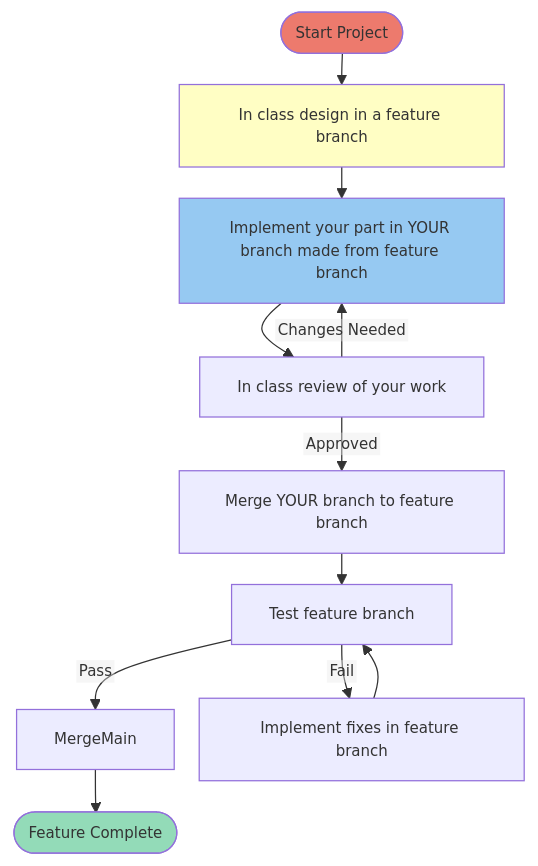
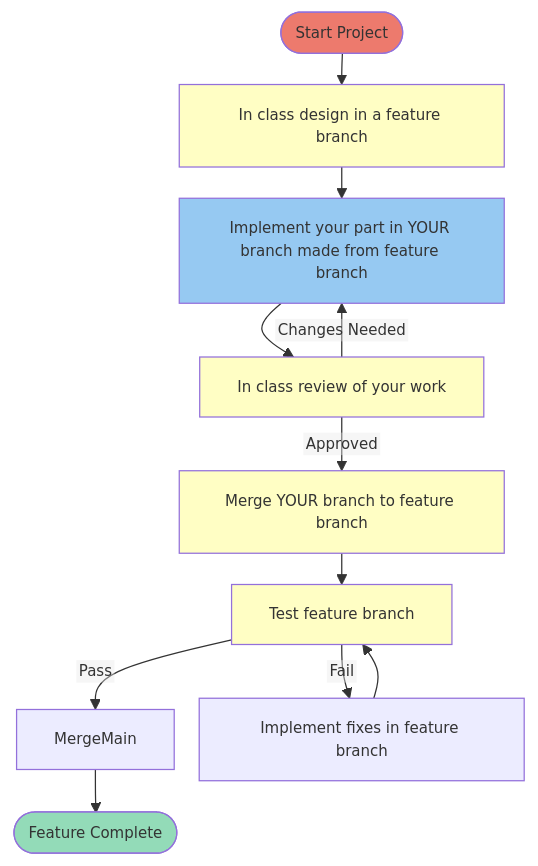
One commit to cse4504-wustl/workflow changed the first of 2 diagrams in README.md. Above: the diagram before and after it, drawn with Mermaid.

````diff
--- a/README.md
+++ b/README.md
@@ -4,20 +4,23 @@
 ```mermaid
 %%{init: {'flowchart': {'nodeSpacing': 20, 'rankSpacing': 25, 'htmlLabels': false}, 'themeVariables': {'fontSize': '12px'}}}%%
 flowchart TD
  
     Start([Start Project]) --> Design[In class design in a feature branch]
     style Start fill:#ED7A6D
     Design --> Implement[Implement your part in YOUR branch made from feature branch]
     style Design fill:#FFFEC4
     Implement --> Review[In class review of your work]
     style Implement fill:#96C9F2
     Review -- Approved --> Merge_Ind[Merge YOUR branch to feature branch]
+    style Review fill:#FFFEC4
     Review -- Changes Needed --> Implement
     Merge_Ind --> IntegrationTest[Test feature branch]
+    style Merge_Ind fill:#FFFEC4
+    style IntegrationTest fill:#FFFEC4
     IntegrationTest -- Pass --> MergeMain
     IntegrationTest -- Fail --> Fix[Implement fixes in feature branch]
     Fix --> IntegrationTest
  
     MergeMain --> Done([Feature Complete])
     style Done fill:#93DBB8
 ```
````
